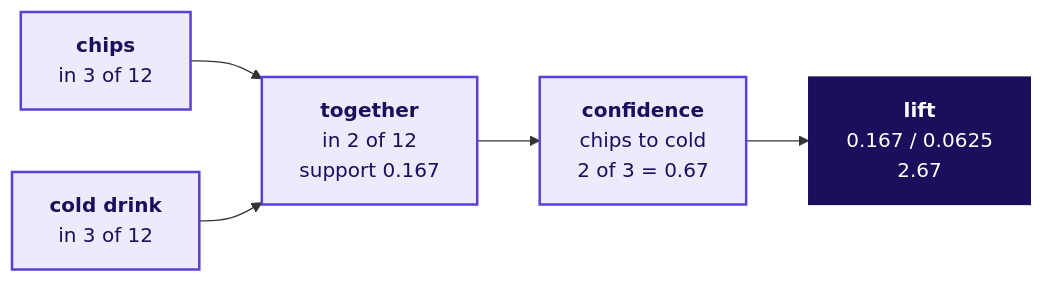
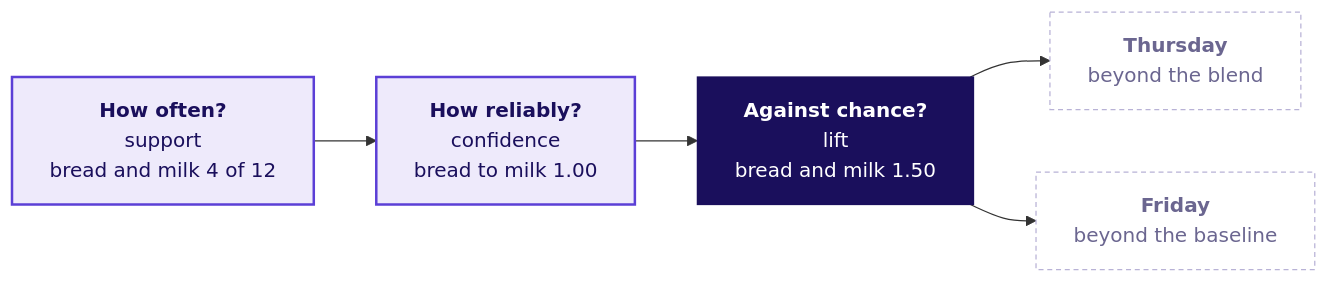
Before and after one commit to fde-academy-lab/c2-content-factory: the third of 4 diagrams in content/W04/D3/slides/C2_W04_D03_half1_STUDENT.md, drawn with Mermaid. The commit also changed other lines of this file and 37 other files, not shown here.

````diff
--- a/content/W04/D3/slides/C2_W04_D03_half1_STUDENT.md
+++ b/content/W04/D3/slides/C2_W04_D03_half1_STUDENT.md
@@ -213,10 +284,13 @@
 ```mermaid
 flowchart LR
-    A["<b>chips</b><br/>in 3 of 12"] & B["<b>cold drink</b><br/>in 3 of 12"] --> C["<b>together</b><br/>in 2 of 12<br/>support 0.167"]
-    C --> D["<b>confidence</b><br/>chips to cold<br/>2 of 3 = 0.67"]
-    D --> E["<b>lift</b><br/>0.167 / 0.0625<br/>2.67"]
+    A["<b>How often?</b><br/>support<br/>bread and milk 4 of 12"] --> B["<b>How reliably?</b><br/>confidence<br/>bread to milk 1.00"]
+    B --> C["<b>Against chance?</b><br/>lift<br/>bread and milk 1.50"]
+    C --> D["<b>Thursday</b><br/>beyond the blend"]
+    C --> E["<b>Friday</b><br/>beyond the baseline"]
     classDef lit fill:#1A0F5C,stroke:#1A0F5C,color:#FFFFFF
     classDef known fill:#EEEAFB,stroke:#5B3FD6,color:#1A0F5C,stroke-width:2px
-    class A,B,C,D known
-    class E lit
+    classDef unknown fill:#FFFFFF,stroke:#B8B2D6,color:#6B6690,stroke-dasharray:4 3
+    class A,B known
+    class C lit
+    class D,E unknown
 ```
````
